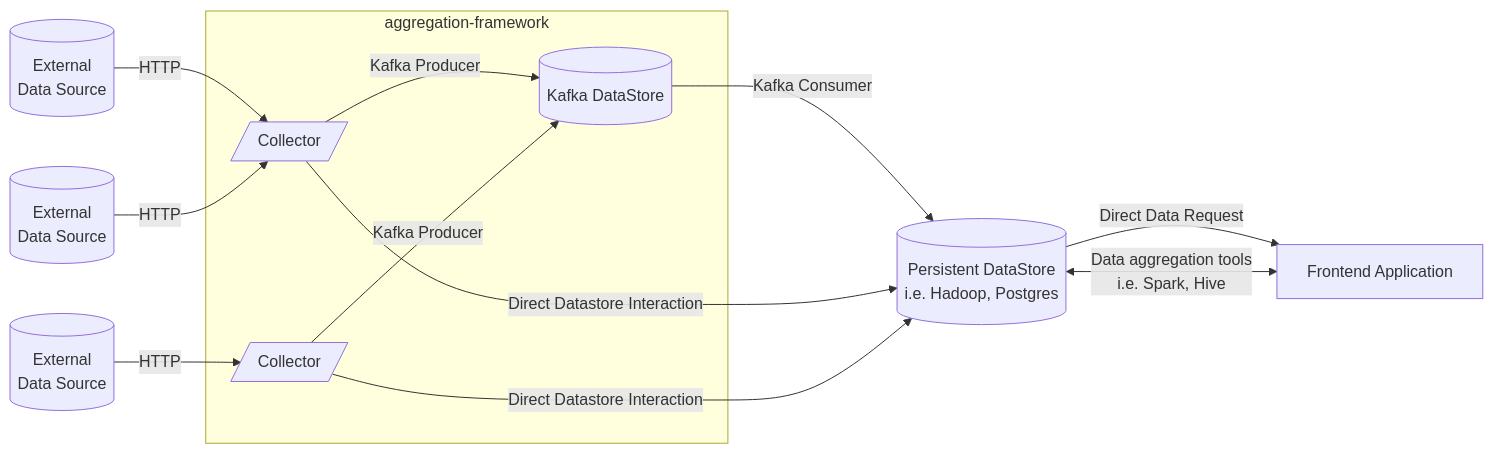
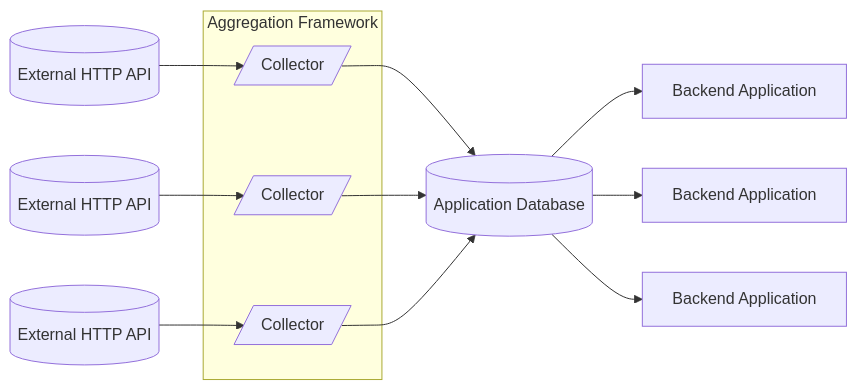
The first of 2 diagrams in README.md (cptlobster/aggregation-framework), drawn with Mermaid before and after one commit. The commit also changed other lines of this file and 5 other files, not shown here.

````diff
--- a/README.md
+++ b/README.md
@@ -10,24 +11,27 @@
 ```mermaid
 graph LR
-    EXT1[(External<br />Data Source)]
-    EXT2[(External<br />Data Source)]
-    EXT3[(External<br />Data Source)]
+    EXT1[(External HTTP API)]
+    EXT2[(External HTTP API)]
+    EXT3[(External HTTP API)]
+
+    COL1[/Collector/]
+    COL2[/Collector/]
+    COL3[/Collector/]
     
-    subgraph AF[aggregation-framework]
-        COL1[/Collector/]
-        COL2[/Collector/]
-    
-        KAFKA[(Kafka DataStore)]
+    DB[(Application Database)]
+    BE1[Backend Application]
+    BE2[Backend Application]
+    BE3[Backend Application]
+  
+    subgraph AP[Aggregation Framework]
+        COL1
+        COL2
+        COL3
     end
     
-    DS[(Persistent DataStore<br />i.e. Hadoop, Postgres)]
-    FE[Frontend Application]
+    EXT1 --> COL1
+    EXT2 --> COL2
+    EXT3 --> COL3
     
-    EXT1 & EXT2 -->|HTTP| COL1
-    EXT3 -->|HTTP| COL2
-    COL1 & COL2 -->|Kafka Producer| KAFKA
-    KAFKA -->|Kafka Consumer| DS
-    COL1 & COL2 -->|Direct Datastore Interaction| DS
-    DS -->|Direct Data Request| FE
-    DS <-->|Data aggregation tools<br />i.e. Spark, Hive| FE
+    COL1 & COL2 & COL3 --> DB --> BE1 & BE2 & BE3
 ```
````
